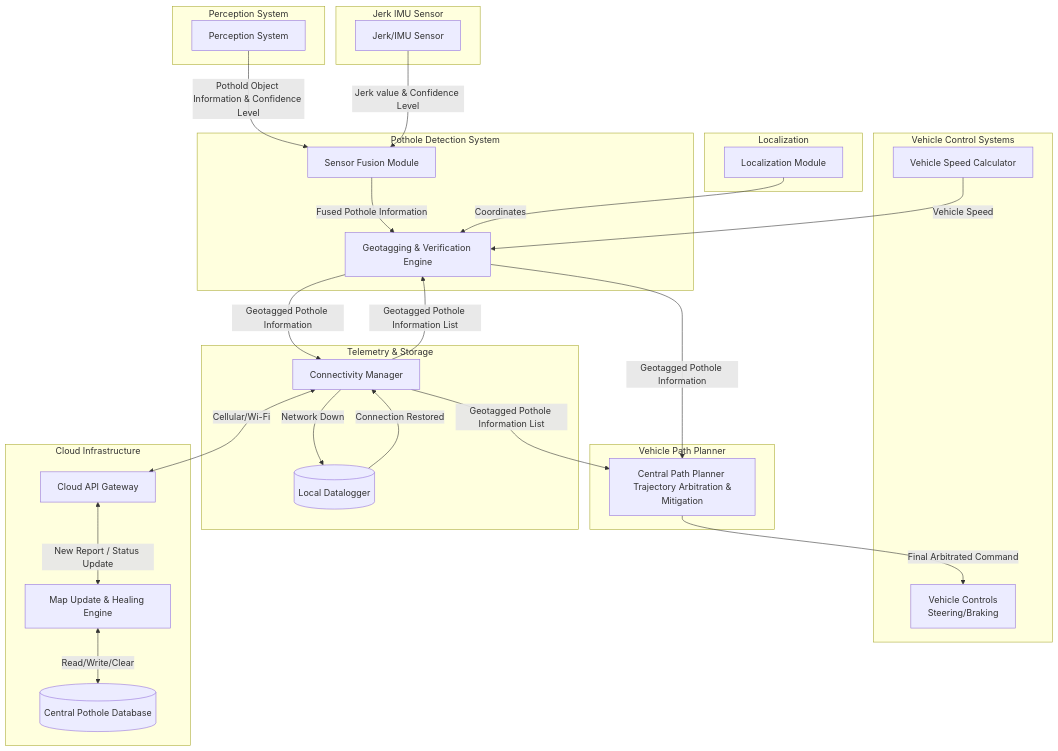
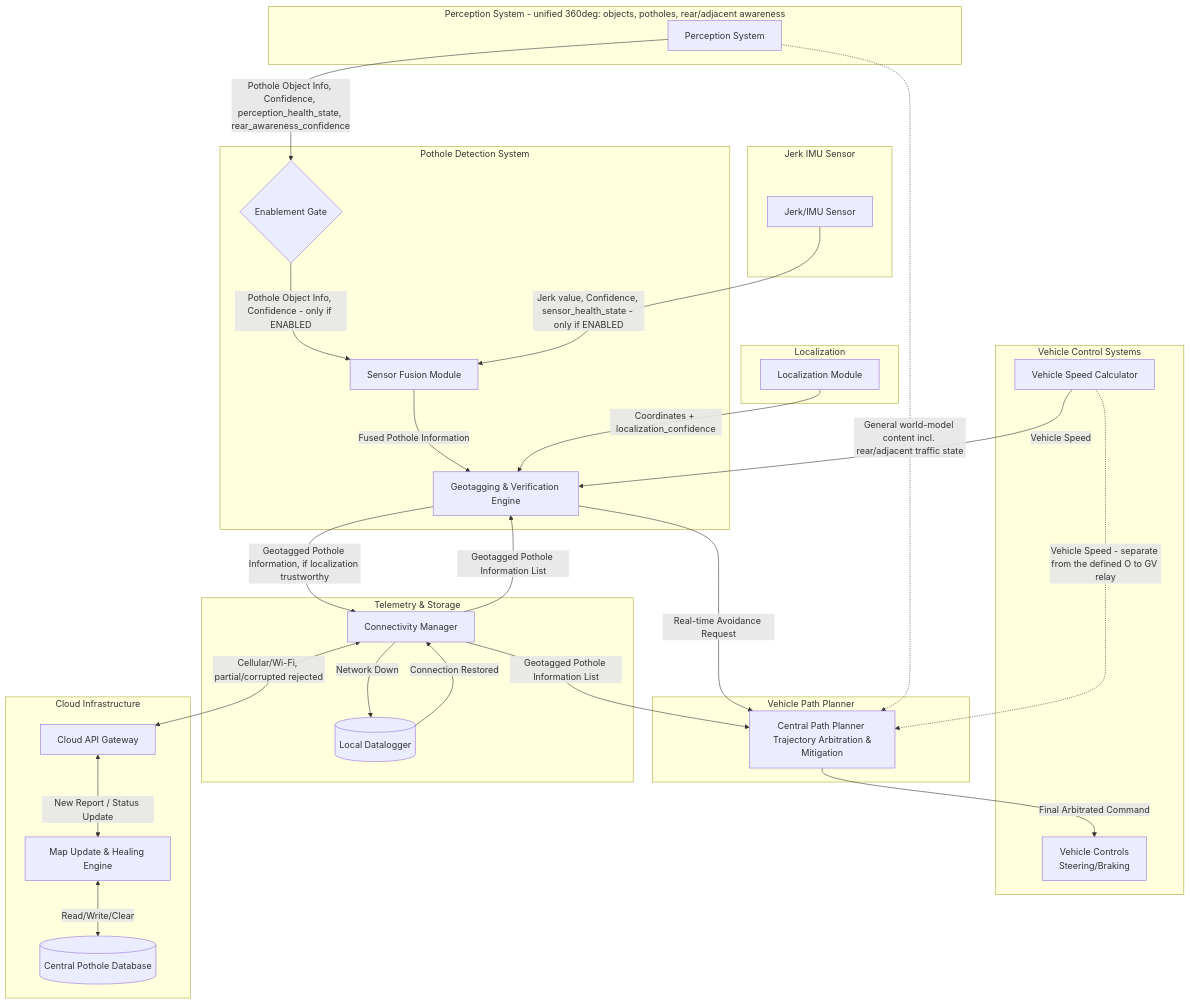
The diagram in block_diagram.md (niranjankamalapurkar/av_pothole_detection), drawn with Mermaid before and after one commit. The commit also changed other lines of this file and 2 other files, not shown here.

Commit message:
architecture update based on safety findings

````diff
--- a/block_diagram.md
+++ b/block_diagram.md
@@ -30,66 +42,72 @@
 ```mermaid
 flowchart TD
     subgraph VehicleCentral [Vehicle Control Systems]
         O[Vehicle Speed Calculator]
         VC[Vehicle Controls <br/> Steering/Braking]
     end
 
     subgraph PathPlanner [Vehicle Path Planner]
         PP[Central Path Planner <br/> Trajectory Arbitration & Mitigation]
     end
 
-    subgraph PerceptionSystem [Perception System]
+    subgraph PerceptionSystem [Perception System - unified 360deg: objects, potholes, rear/adjacent awareness]
         P[Perception System]
     end
 
     subgraph JerkSensor [Jerk IMU Sensor]
         J[Jerk/IMU Sensor]
     end
 
     subgraph Localization [Localization]
         L[Localization Module]
     end
 
     subgraph PotholeSystem [Pothole Detection System]
+        EG{Enablement Gate}
         F[Sensor Fusion Module]
         GV[Geotagging & Verification Engine]
     end
 
     subgraph Telemetry [Telemetry & Storage]
         CM[Connectivity Manager]
         DL[(Local Datalogger)]
     end
 
     subgraph Cloud [Cloud Infrastructure]
         API[Cloud API Gateway]
         HE[Map Update & Healing Engine]
         DB[(Central Pothole Database)]
     end
 
-    %% Sensor to Fusion Flow
-    P -->|Pothold Object Information & Confidence Level| F
-    J -->|Jerk value & Confidence Level| F
-    
+    %% Perception to Gate to Fusion Flow - gate before fusion compute is spent
+    P -->|Pothole Object Info, Confidence, perception_health_state, rear_awareness_confidence| EG
+    EG -->|Pothole Object Info, Confidence - only if ENABLED| F
+    J -->|Jerk value, Confidence, sensor_health_state - only if ENABLED| F
+
     %% Fusion to Geotagging Flow
     F -->|Fused Pothole Information| GV
-    L -->|Coordinates| GV
+    L -->|Coordinates + localization_confidence| GV
     O -->|Vehicle Speed| GV
-    GV -->|Geotagged Pothole Information| PP
+    GV -->|Real-time Avoidance Request| PP
 
-    %% Geotagging to Telemetry Flow
-    GV -->|Geotagged Pothole Information| CM
+    %% Geotagging to Telemetry Flow - suppressed if localization degraded
+    GV -->|Geotagged Pothole Information, if localization trustworthy| CM
     CM -- "Network Down" --> DL
     DL -- "Connection Restored" --> CM
 
-    %% Vehicle to Cloud Flow
-    CM <-->|"Cellular/Wi-Fi"| API
+    %% Vehicle to Cloud Flow - intermittent/partial rejected outright
+    CM <-->|"Cellular/Wi-Fi, partial/corrupted rejected"| API
     API <-->|New Report / Status Update| HE
     HE <-->|Read/Write/Clear| DB
 
     %% Cloud to Vehicle Flow (Direct to Path Planner)
     CM -->|Geotagged Pothole Information List| PP
     CM -->|Geotagged Pothole Information List| GV
-    
+
     %% Path Planner Actions
     PP -->|Final Arbitrated Command| VC
+
+    %% Connections not defined by this feature - baseline vehicle functionality
+    P -.->|General world-model content incl. rear/adjacent traffic state| PP
+    O -.->|Vehicle Speed - separate from the defined O to GV relay| PP
 ```
````
